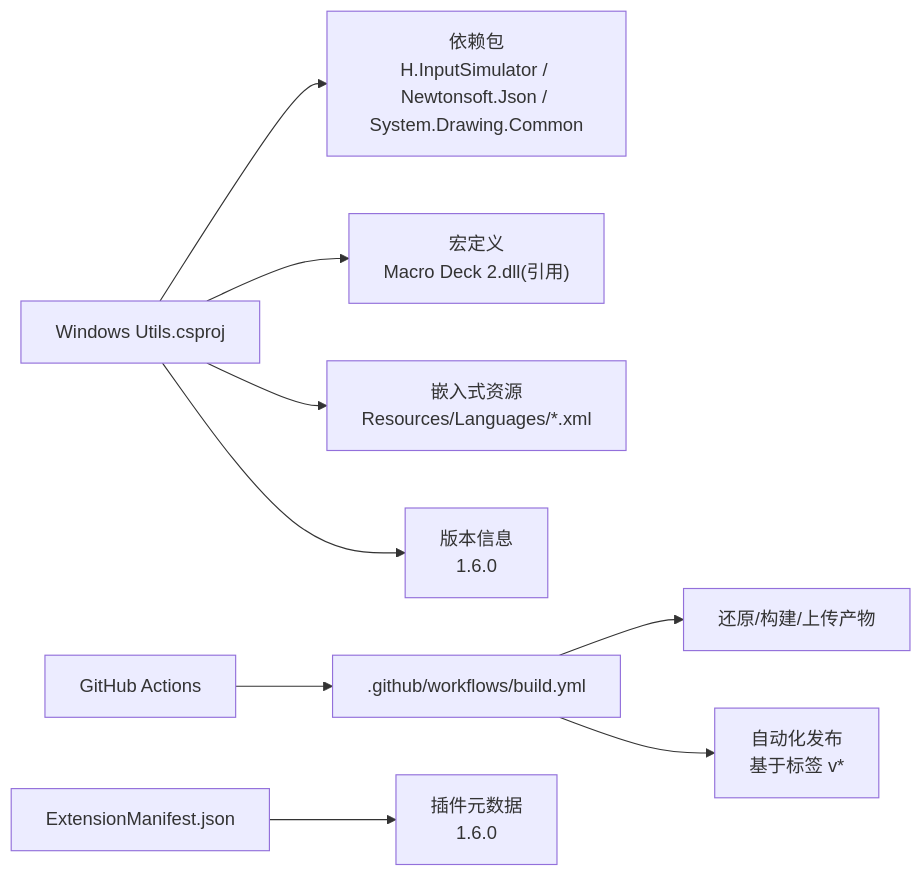
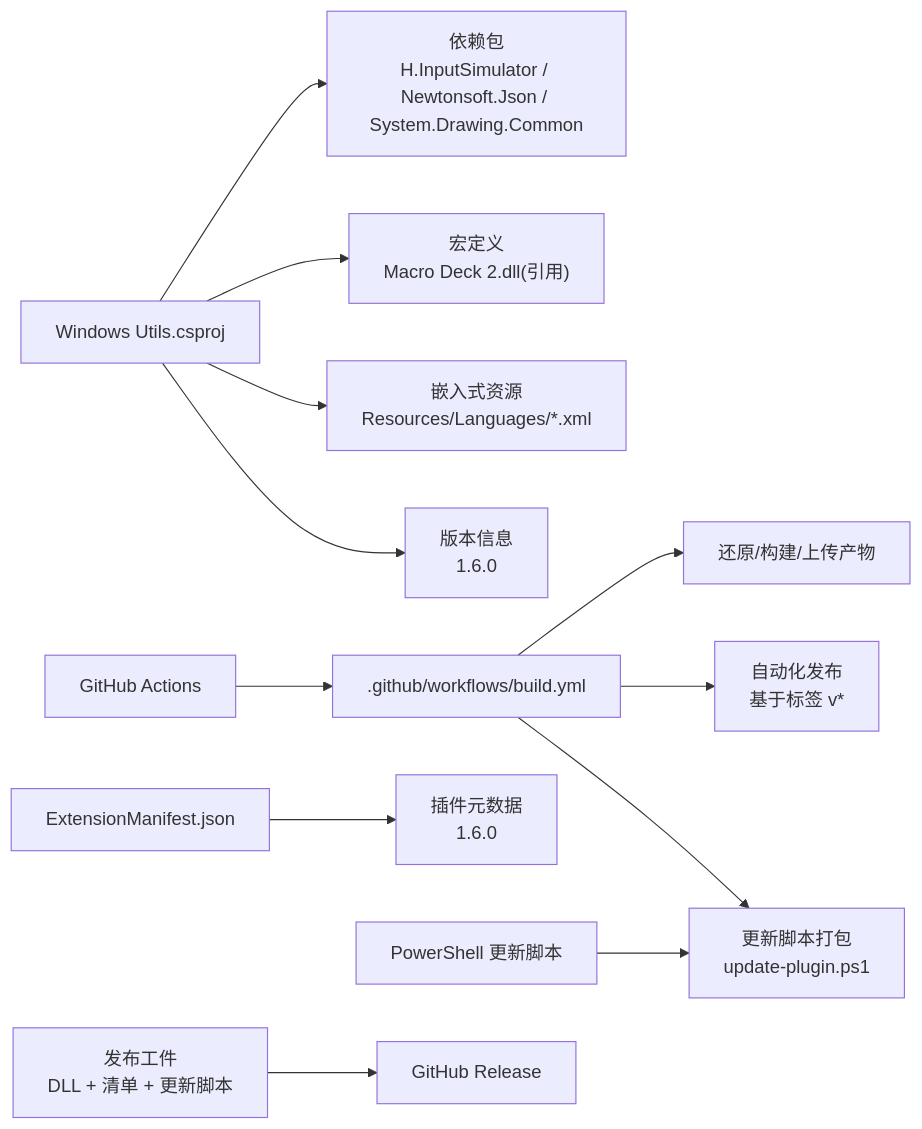
One commit to tea4go/Macro-Deck-Windows-Utils-Plugin changed the seventh of 8 diagrams in .qoder/repowiki/zh/content/贡献指南.md. Above: the diagram before and after it, drawn with Mermaid. The commit also changed other lines of this file and 15 other files, not shown here.

````diff
--- a/.qoder/repowiki/zh/content/贡献指南.md
+++ b/.qoder/repowiki/zh/content/贡献指南.md
@@ -236,11 +293,14 @@
 ```mermaid
 graph LR
 A["Windows Utils.csproj"] --> B["依赖包<br/>H.InputSimulator / Newtonsoft.Json / System.Drawing.Common"]
 A --> C["宏定义<br/>Macro Deck 2.dll(引用)"]
 A --> D["嵌入式资源<br/>Resources/Languages/*.xml"]
 A --> E["版本信息<br/>1.6.0"]
 F[".github/workflows/build.yml"] --> G["还原/构建/上传产物"]
 F --> H["自动化发布<br/>基于标签 v*"]
-I["ExtensionManifest.json"] --> J["插件元数据<br/>1.6.0"]
-K["GitHub Actions"] --> F
+F --> I["更新脚本打包<br/>update-plugin.ps1"]
+J["ExtensionManifest.json"] --> K["插件元数据<br/>1.6.0"]
+L["GitHub Actions"] --> F
+M["PowerShell 更新脚本"] --> I
+N["发布工件<br/>DLL + 清单 + 更新脚本"] --> O["GitHub Release"]
 ```
````
